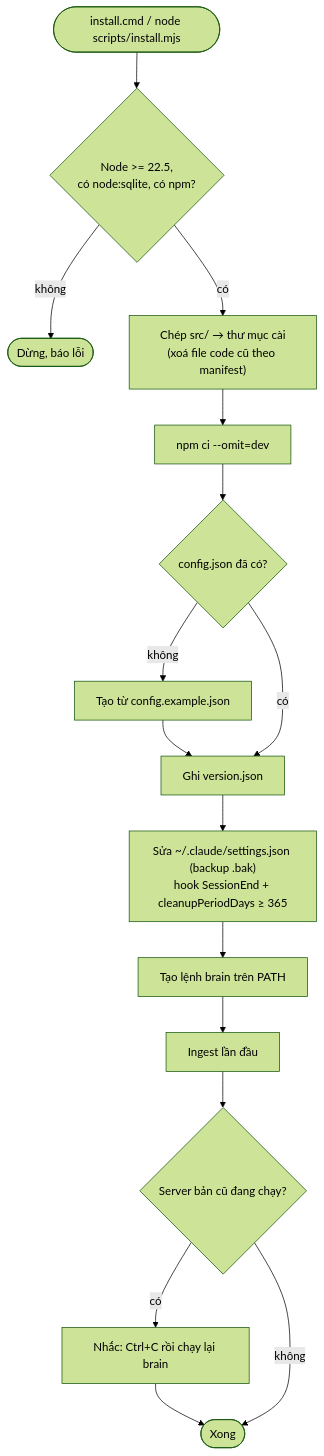
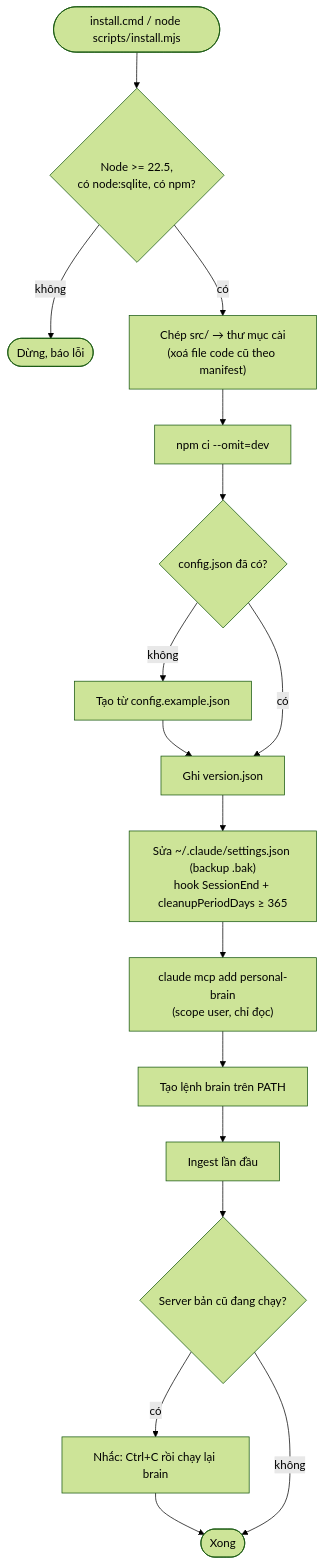
One commit to hienct-fpt/personal-brain changed the first of 4 diagrams in README.md. Above: the diagram before and after it, drawn with Mermaid (forest theme). The commit also changed other lines of this file and 12 other files, not shown here.

````diff
--- a/README.md
+++ b/README.md
@@ -52,16 +53,17 @@
 ```mermaid
 flowchart TD
   A([install.cmd / node scripts/install.mjs]) --> B{"Node >= 22.5,<br/>có node:sqlite, có npm?"}
   B -- không --> X([Dừng, báo lỗi])
   B -- có --> C["Chép src/ → thư mục cài<br/>(xoá file code cũ theo manifest)"]
   C --> D["npm ci --omit=dev"]
   D --> E{"config.json đã có?"}
   E -- không --> E1["Tạo từ config.example.json"] --> F
   E -- có --> F["Ghi version.json"]
   F --> G["Sửa ~/.claude/settings.json (backup .bak)<br/>hook SessionEnd + cleanupPeriodDays ≥ 365"]
-  G --> H["Tạo lệnh brain trên PATH"]
+  G --> G2["claude mcp add personal-brain<br/>(scope user, chỉ đọc)"]
+  G2 --> H["Tạo lệnh brain trên PATH"]
   H --> I["Ingest lần đầu"]
   I --> J{"Server bản cũ đang chạy?"}
   J -- có --> J1["Nhắc: Ctrl+C rồi chạy lại brain"] --> Z
   J -- không --> Z([Xong])
 ```
````
